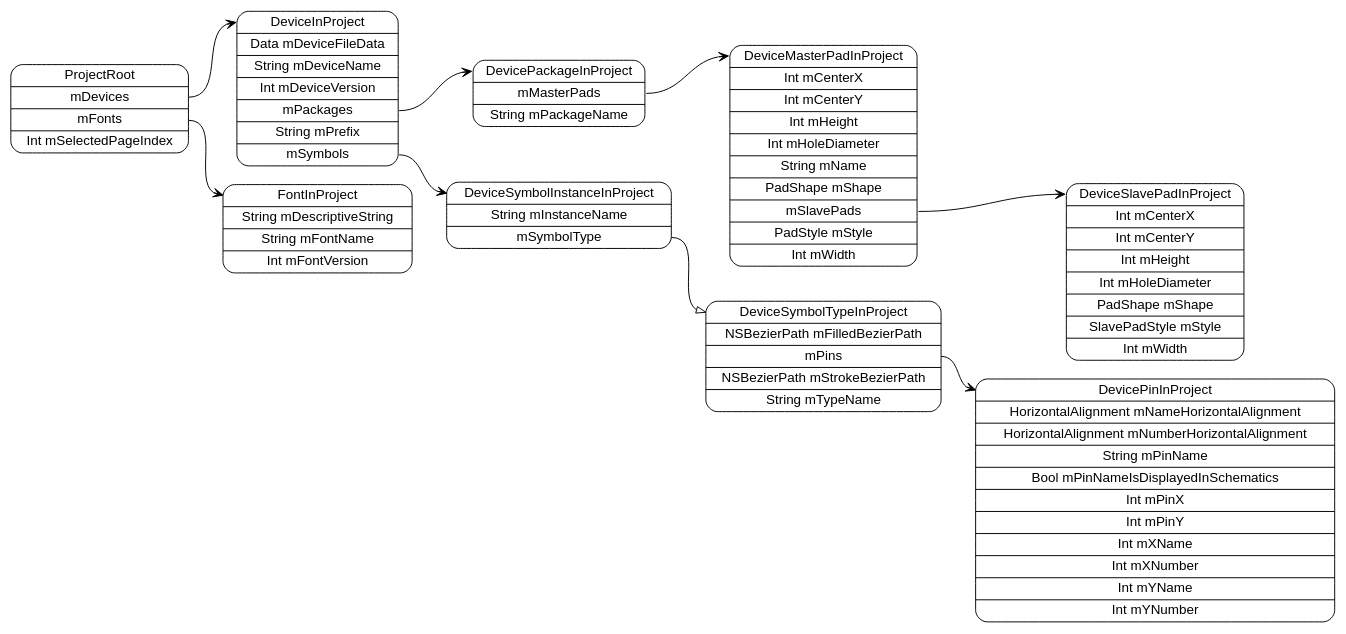
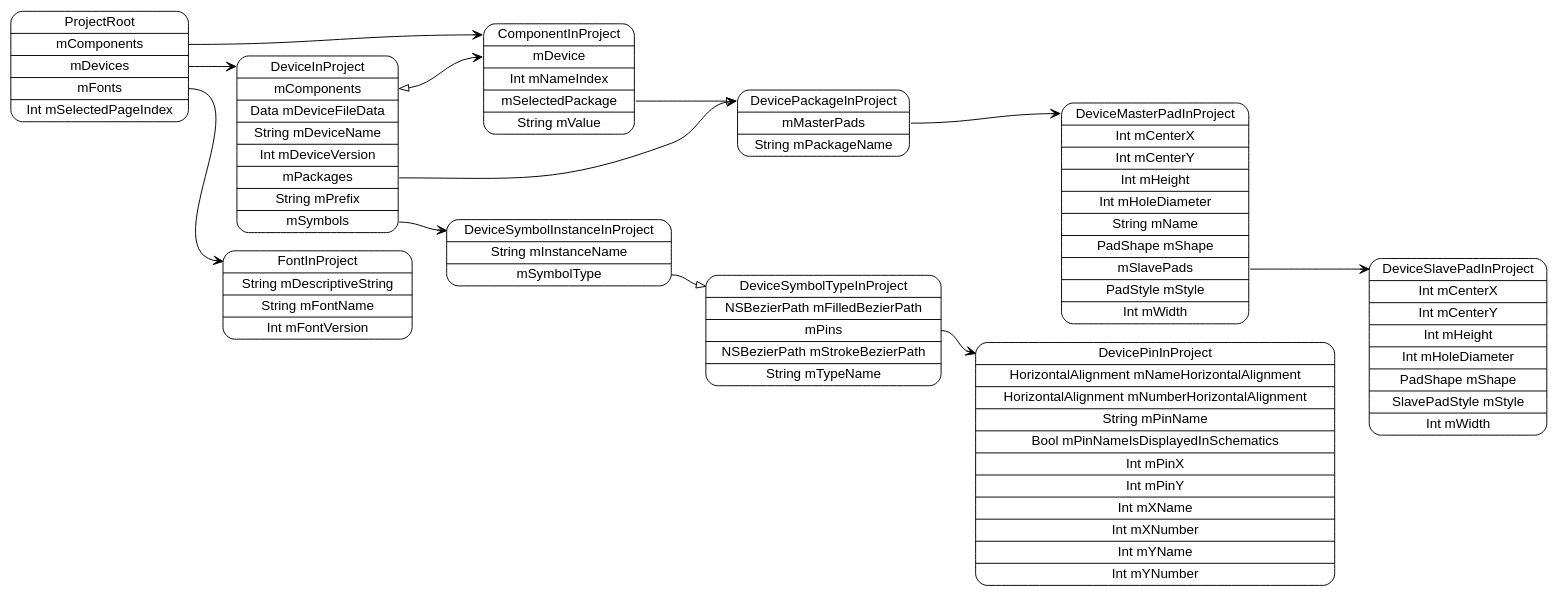
One commit to pierremolinaro/ElCanari-dev changed the diagram in models/ProjectRoot.dot. Above: the diagram before and after it, drawn with Graphviz. The commit also changed 21 other files, not shown here.

```diff
--- a/models/ProjectRoot.dot
+++ b/models/ProjectRoot.dot
@@ -1,21 +1,25 @@
 digraph G {
   rankdir=LR ;
   node [shape=record fontname=helvetica style=rounded] ;
-  ProjectRoot[label="<ProjectRoot>ProjectRoot|<mDevices>mDevices|<mFonts>mFonts|Int mSelectedPageIndex"] ;
+  ProjectRoot[label="<ProjectRoot>ProjectRoot|<mComponents>mComponents|<mDevices>mDevices|<mFonts>mFonts|Int mSelectedPageIndex"] ;
   FontInProject[label="<FontInProject>FontInProject|String mDescriptiveString|String mFontName|Int mFontVersion"] ;
-  DeviceInProject[label="<DeviceInProject>DeviceInProject|Data mDeviceFileData|String mDeviceName|Int mDeviceVersion|<mPackages>mPackages|String mPrefix|<mSymbols>mSymbols"] ;
+  DeviceInProject[label="<DeviceInProject>DeviceInProject|<mComponents>mComponents|Data mDeviceFileData|String mDeviceName|Int mDeviceVersion|<mPackages>mPackages|String mPrefix|<mSymbols>mSymbols"] ;
   DeviceSymbolInstanceInProject[label="<DeviceSymbolInstanceInProject>DeviceSymbolInstanceInProject|String mInstanceName|<mSymbolType>mSymbolType"] ;
   DeviceSymbolTypeInProject[label="<DeviceSymbolTypeInProject>DeviceSymbolTypeInProject|NSBezierPath mFilledBezierPath|<mPins>mPins|NSBezierPath mStrokeBezierPath|String mTypeName"] ;
   DevicePinInProject[label="<DevicePinInProject>DevicePinInProject|HorizontalAlignment mNameHorizontalAlignment|HorizontalAlignment mNumberHorizontalAlignment|String mPinName|Bool mPinNameIsDisplayedInSchematics|Int mPinX|Int mPinY|Int mXName|Int mXNumber|Int mYName|Int mYNumber"] ;
   DevicePackageInProject[label="<DevicePackageInProject>DevicePackageInProject|<mMasterPads>mMasterPads|String mPackageName"] ;
   DeviceMasterPadInProject[label="<DeviceMasterPadInProject>DeviceMasterPadInProject|Int mCenterX|Int mCenterY|Int mHeight|Int mHoleDiameter|String mName|PadShape mShape|<mSlavePads>mSlavePads|PadStyle mStyle|Int mWidth"] ;
   DeviceSlavePadInProject[label="<DeviceSlavePadInProject>DeviceSlavePadInProject|Int mCenterX|Int mCenterY|Int mHeight|Int mHoleDiameter|PadShape mShape|SlavePadStyle mStyle|Int mWidth"] ;
+  ComponentInProject[label="<ComponentInProject>ComponentInProject|<mDevice>mDevice|Int mNameIndex|<mSelectedPackage>mSelectedPackage|String mValue"] ;
+  ProjectRoot:mComponents -> ComponentInProject:ComponentInProject [dir=both arrowtail=none arrowhead=vee] ;
   ProjectRoot:mDevices -> DeviceInProject:DeviceInProject [dir=both arrowtail=none arrowhead=vee] ;
   ProjectRoot:mFonts -> FontInProject:FontInProject [dir=both arrowtail=none arrowhead=vee] ;
+  DeviceInProject:mComponents -> ComponentInProject:mDevice [dir=both arrowtail=onormal arrowhead=vee] ;
   DeviceInProject:mPackages -> DevicePackageInProject:DevicePackageInProject [dir=both arrowtail=none arrowhead=vee] ;
   DeviceInProject:mSymbols -> DeviceSymbolInstanceInProject:DeviceSymbolInstanceInProject [dir=both arrowtail=none arrowhead=vee] ;
   DeviceSymbolInstanceInProject:mSymbolType -> DeviceSymbolTypeInProject:DeviceSymbolTypeInProject [dir=both arrowtail=none arrowhead=onormal] ;
   DeviceSymbolTypeInProject:mPins -> DevicePinInProject:DevicePinInProject [dir=both arrowtail=none arrowhead=vee] ;
   DevicePackageInProject:mMasterPads -> DeviceMasterPadInProject:DeviceMasterPadInProject [dir=both arrowtail=none arrowhead=vee] ;
   DeviceMasterPadInProject:mSlavePads -> DeviceSlavePadInProject:DeviceSlavePadInProject [dir=both arrowtail=none arrowhead=vee] ;
+  ComponentInProject:mSelectedPackage -> DevicePackageInProject:DevicePackageInProject [dir=both arrowtail=none arrowhead=onormal] ;
 }
```
